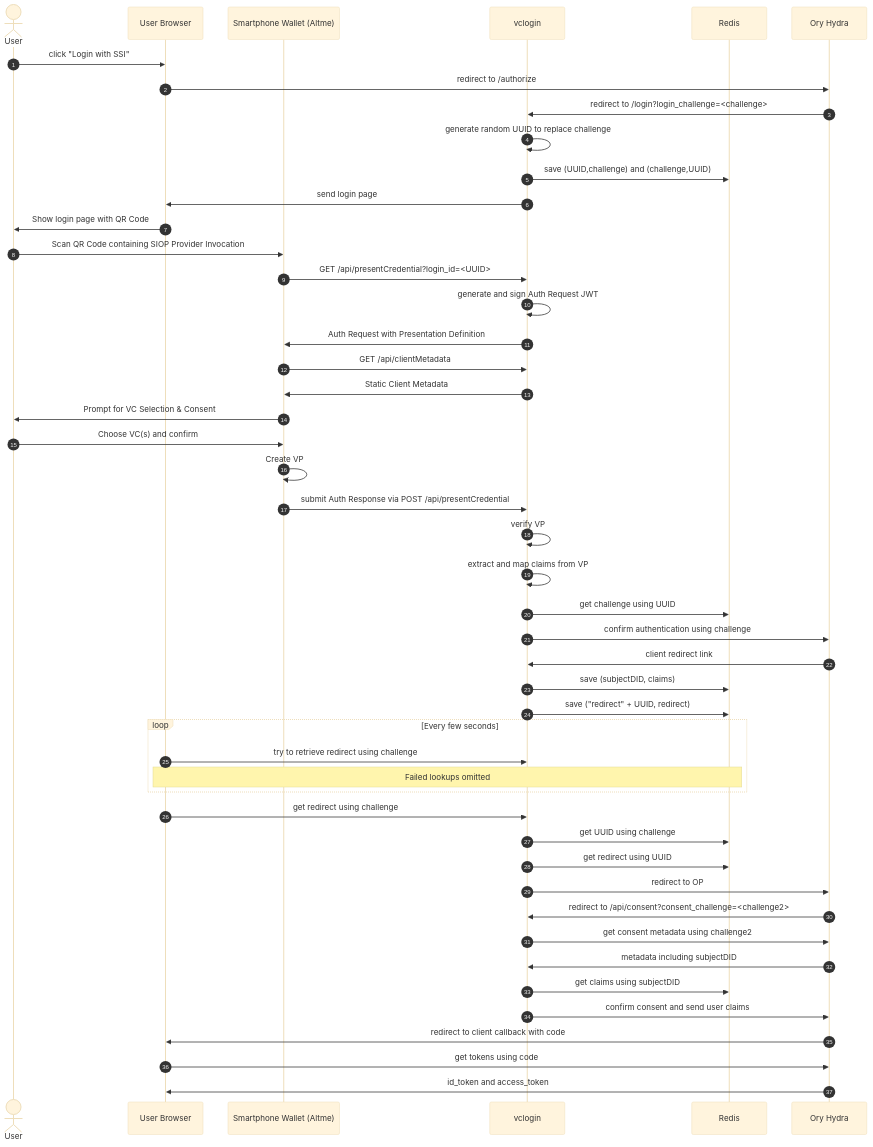
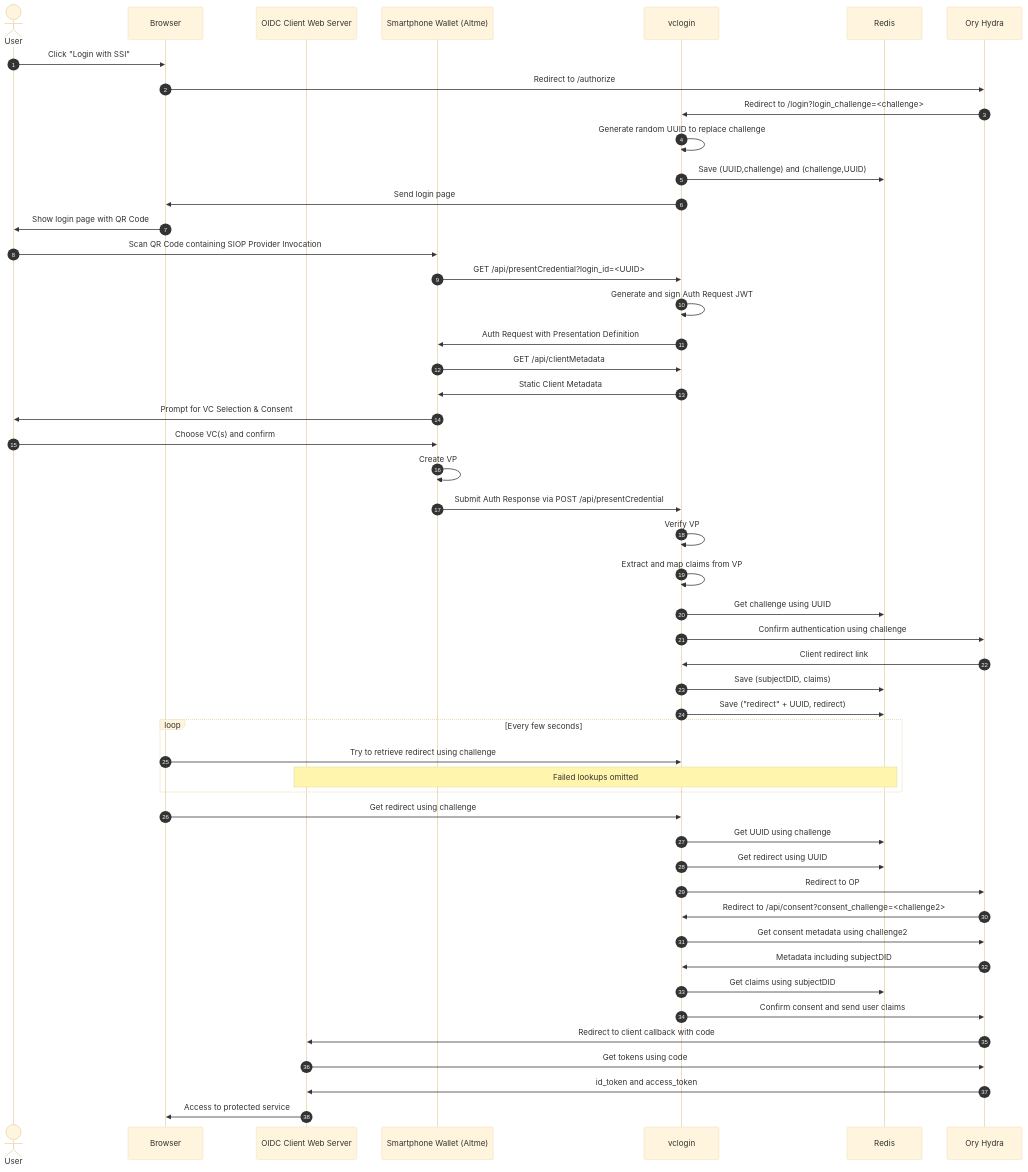
One commit to GAIA-X4PLC-AAD/ssi-to-oidc-bridge changed the second of 2 diagrams in README.md. Above: the diagram before and after it, drawn with Mermaid (base theme). The commit also changed other lines of this file, not shown here.

Commit message:
Updated Both Diagrams

````diff
--- a/README.md
+++ b/README.md
@@ -48,50 +51,52 @@
 ```mermaid
 sequenceDiagram
 	autonumber
 	actor User
-	participant Client as User Browser
-	participant Wallet as Smartphone Wallet (Altme)
-	participant VPLS as vclogin
-	participant Redis
-	participant OP as Ory Hydra
-	User->>Client: click "Login with SSI"
-	Client->>OP: redirect to /authorize
-	OP->>VPLS: redirect to /login?login_challenge=<challenge>
-	VPLS->>VPLS: generate random UUID to replace challenge
-	VPLS->>Redis: save (UUID,challenge) and (challenge,UUID)
-	VPLS->>Client: send login page
-	Client->>User: Show login page with QR Code
+	participant Browser
+	participant Client as OIDC Client Web Server
+    participant Wallet as Smartphone Wallet (Altme)
+    participant VPLS as vclogin
+    participant Redis
+    participant OP as Ory Hydra
+	User->>Browser: Click "Login with SSI"
+	Browser->>OP: Redirect to /authorize
+	OP->>VPLS: Redirect to /login?login_challenge=<challenge>
+	VPLS->>VPLS: Generate random UUID to replace challenge
+	VPLS->>Redis: Save (UUID,challenge) and (challenge,UUID)
+	VPLS->>Browser: Send login page
+	Browser->>User: Show login page with QR Code
 	User->>Wallet: Scan QR Code containing SIOP Provider Invocation
 	Wallet->>VPLS: GET /api/presentCredential?login_id=<UUID>
-	VPLS->>VPLS: generate and sign Auth Request JWT
+	VPLS->>VPLS: Generate and sign Auth Request JWT
 	VPLS->>Wallet: Auth Request with Presentation Definition
 	Wallet->>VPLS: GET /api/clientMetadata
 	VPLS->>Wallet: Static Client Metadata
 	Wallet->>User: Prompt for VC Selection & Consent
 	User->>Wallet: Choose VC(s) and confirm
 	Wallet->>Wallet: Create VP
-	Wallet->>VPLS: submit Auth Response via POST /api/presentCredential
-	VPLS->>VPLS: verify VP
-	VPLS->>VPLS: extract and map claims from VP
-	VPLS->>Redis: get challenge using UUID
-	VPLS->>OP: confirm authentication using challenge
-	OP->>VPLS: client redirect link
-	VPLS->>Redis: save (subjectDID, claims)
-	VPLS->>Redis: save ("redirect" + UUID, redirect)
+	Wallet->>VPLS: Submit Auth Response via POST /api/presentCredential
+	VPLS->>VPLS: Verify VP
+	VPLS->>VPLS: Extract and map claims from VP
+	VPLS->>Redis: Get challenge using UUID
+	VPLS->>OP: Confirm authentication using challenge
+	OP->>VPLS: Client redirect link
+	VPLS->>Redis: Save (subjectDID, claims)
+	VPLS->>Redis: Save ("redirect" + UUID, redirect)
 	loop Every few seconds
-		Client->>VPLS: try to retrieve redirect using challenge
+		Browser->>VPLS: Try to retrieve redirect using challenge
 		Note over Client,Redis: Failed lookups omitted
 	end
-	Client->>VPLS: get redirect using challenge
-	VPLS->>Redis: get UUID using challenge
-	VPLS->>Redis: get redirect using UUID
-	VPLS->>OP: redirect to OP
-	OP->>VPLS: redirect to /api/consent?consent_challenge=<challenge2>
-	VPLS->>OP: get consent metadata using challenge2
-	OP->>VPLS: metadata including subjectDID
-	VPLS->>Redis: get claims using subjectDID
-	VPLS->>OP: confirm consent and send user claims
-	OP->>Client: redirect to client callback with code
-	Client->>OP: get tokens using code
+	Browser->>VPLS: Get redirect using challenge
+	VPLS->>Redis: Get UUID using challenge
+	VPLS->>Redis: Get redirect using UUID
+	VPLS->>OP: Redirect to OP
+	OP->>VPLS: Redirect to /api/consent?consent_challenge=<challenge2>
+	VPLS->>OP: Get consent metadata using challenge2
+	OP->>VPLS: Metadata including subjectDID
+	VPLS->>Redis: Get claims using subjectDID
+	VPLS->>OP: Confirm consent and send user claims
+	OP->>Client: Redirect to client callback with code
+	Client->>OP: Get tokens using code
 	OP->>Client: id_token and access_token
+	Client->>Browser: Access to protected service
 ```
````
